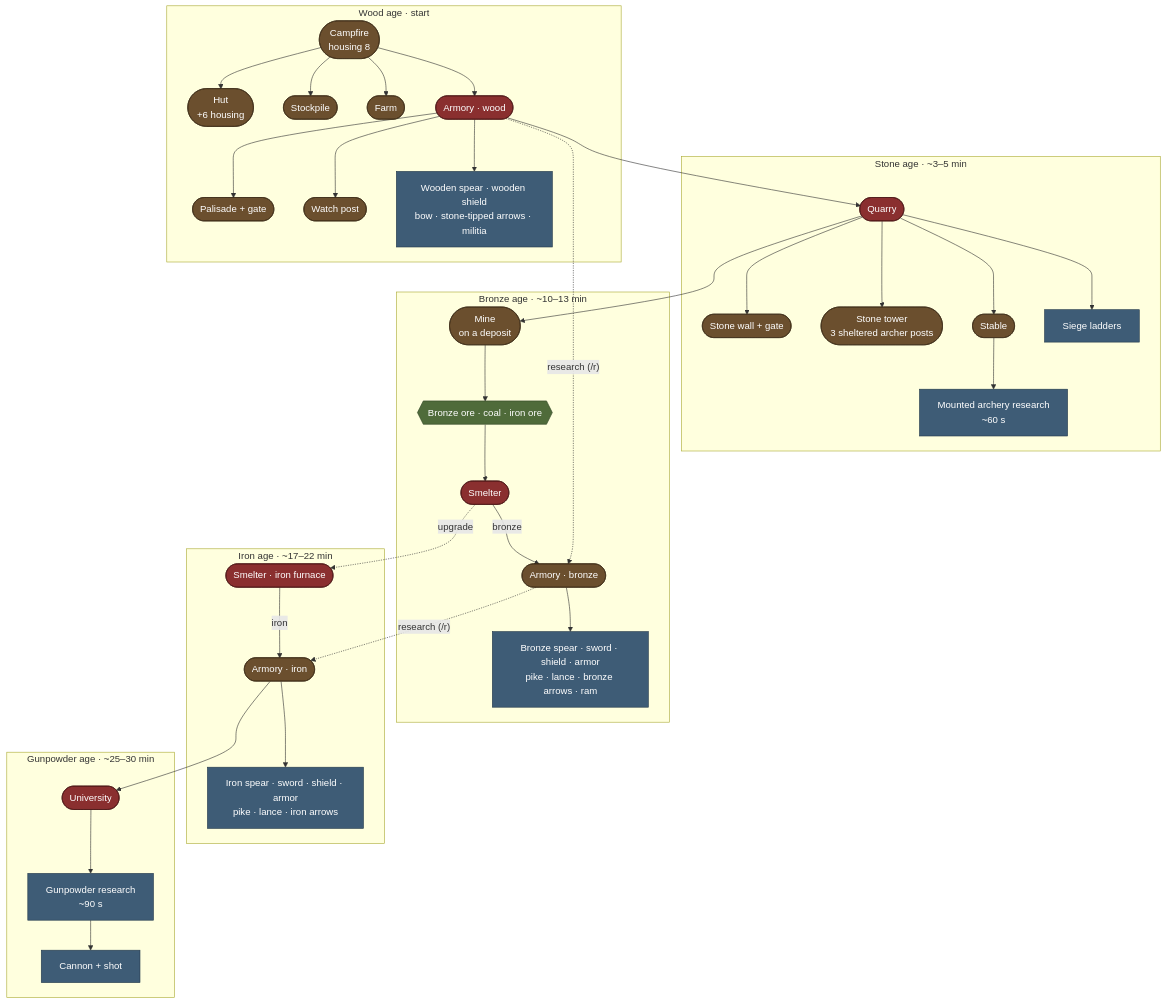
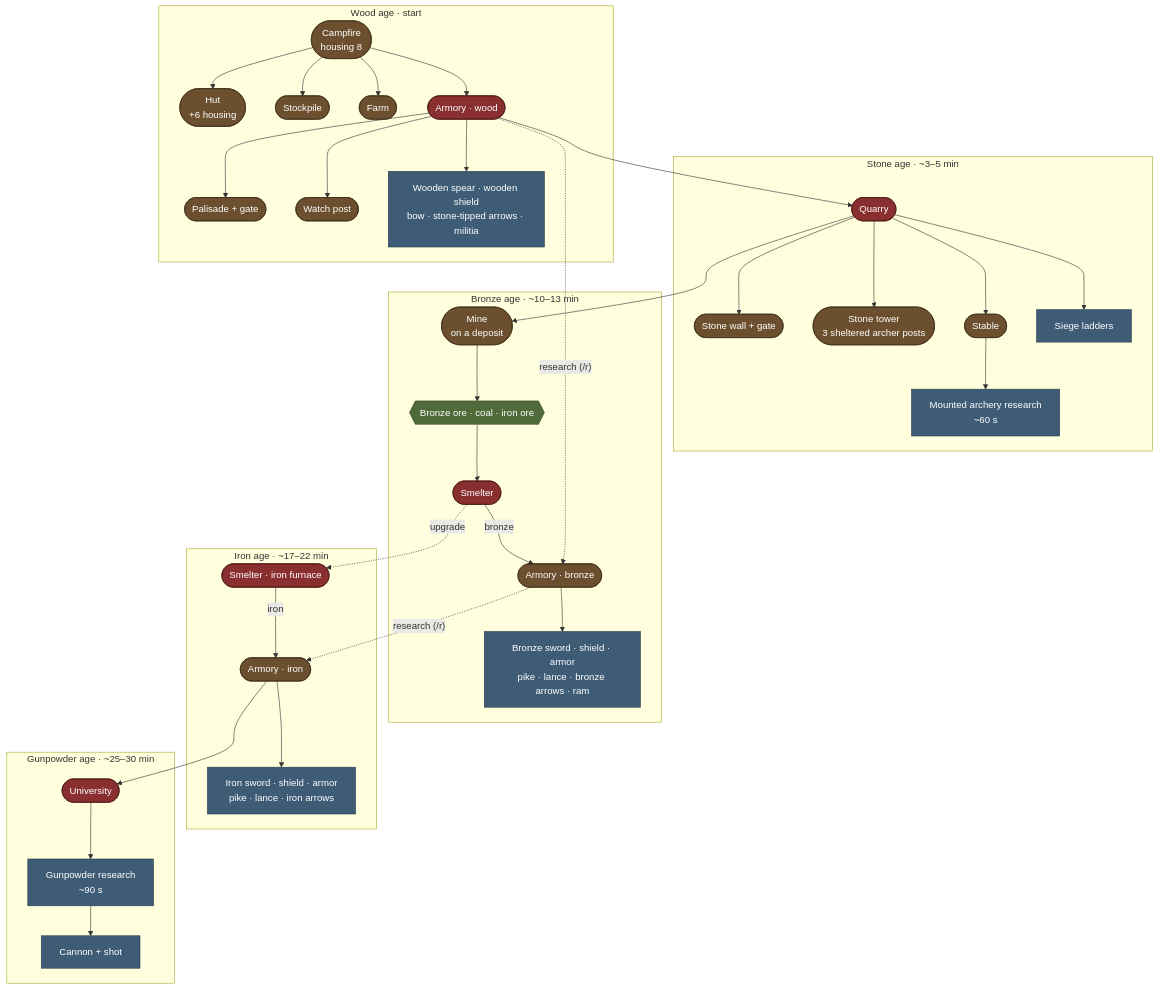
One commit to BenNorbom/MarchHold changed the first of 4 diagrams in TECH_TREE.md. Above: the diagram before and after it, drawn with Mermaid. The commit also changed 30 other files, not shown here.

````diff
--- a/TECH_TREE.md
+++ b/TECH_TREE.md
@@ -11,60 +11,60 @@
 ```mermaid
 flowchart TB
   classDef bld fill:#6b4f2e,stroke:#3d2c18,color:#fff
   classDef item fill:#3e5c76,stroke:#22384a,color:#fff
   classDef res fill:#4f6b3a,stroke:#2e4222,color:#fff
   classDef key fill:#8a2f2f,stroke:#4a1616,color:#fff
 
   subgraph WOOD["Wood age · start"]
     fire(["Campfire<br/>housing 8"]):::bld
     hut(["Hut<br/>+6 housing"]):::bld
     stock(["Stockpile"]):::bld
     farm(["Farm"]):::bld
     armory1(["Armory · wood"]):::key
     palisade(["Palisade + gate"]):::bld
     post(["Watch post"]):::bld
     w_items["Wooden spear · wooden shield<br/>bow · stone-tipped arrows · militia"]:::item
   end
 
   subgraph STONE["Stone age · ~3–5 min"]
     quarry(["Quarry"]):::key
     swall(["Stone wall + gate"]):::bld
     tower(["Stone tower<br/>3 sheltered archer posts"]):::bld
     stable(["Stable"]):::bld
     ladders["Siege ladders"]:::item
     mounted["Mounted archery research<br/>~60 s"]:::item
   end
 
   subgraph BRONZE["Bronze age · ~10–13 min"]
     mine(["Mine<br/>on a deposit"]):::bld
     ores{{"Bronze ore · coal · iron ore"}}:::res
     smelter1(["Smelter"]):::key
     armory2(["Armory · bronze"]):::bld
-    b_items["Bronze spear · sword · shield · armor<br/>pike · lance · bronze arrows · ram"]:::item
+    b_items["Bronze sword · shield · armor<br/>pike · lance · bronze arrows · ram"]:::item
   end
 
   subgraph IRON["Iron age · ~17–22 min"]
     smelter2(["Smelter · iron furnace"]):::key
     armory3(["Armory · iron"]):::bld
-    i_items["Iron spear · sword · shield · armor<br/>pike · lance · iron arrows"]:::item
+    i_items["Iron sword · shield · armor<br/>pike · lance · iron arrows"]:::item
   end
 
   subgraph GUN["Gunpowder age · ~25–30 min"]
     univ(["University"]):::key
     research["Gunpowder research<br/>~90 s"]:::item
     cannon["Cannon + shot"]:::item
   end
 
   fire --> hut & stock & farm & armory1
   armory1 --> palisade & post & w_items
   armory1 --> quarry
   quarry --> swall & tower & stable & ladders
   stable --> mounted
   quarry --> mine --> ores --> smelter1
   smelter1 -->|"bronze"| armory2 --> b_items
   armory1 -.->|"research (/r)"| armory2
   smelter1 -.->|upgrade| smelter2
   smelter2 -->|"iron"| armory3 --> i_items
   armory2 -.->|"research (/r)"| armory3
   armory3 --> univ --> research --> cannon
 ```
````
